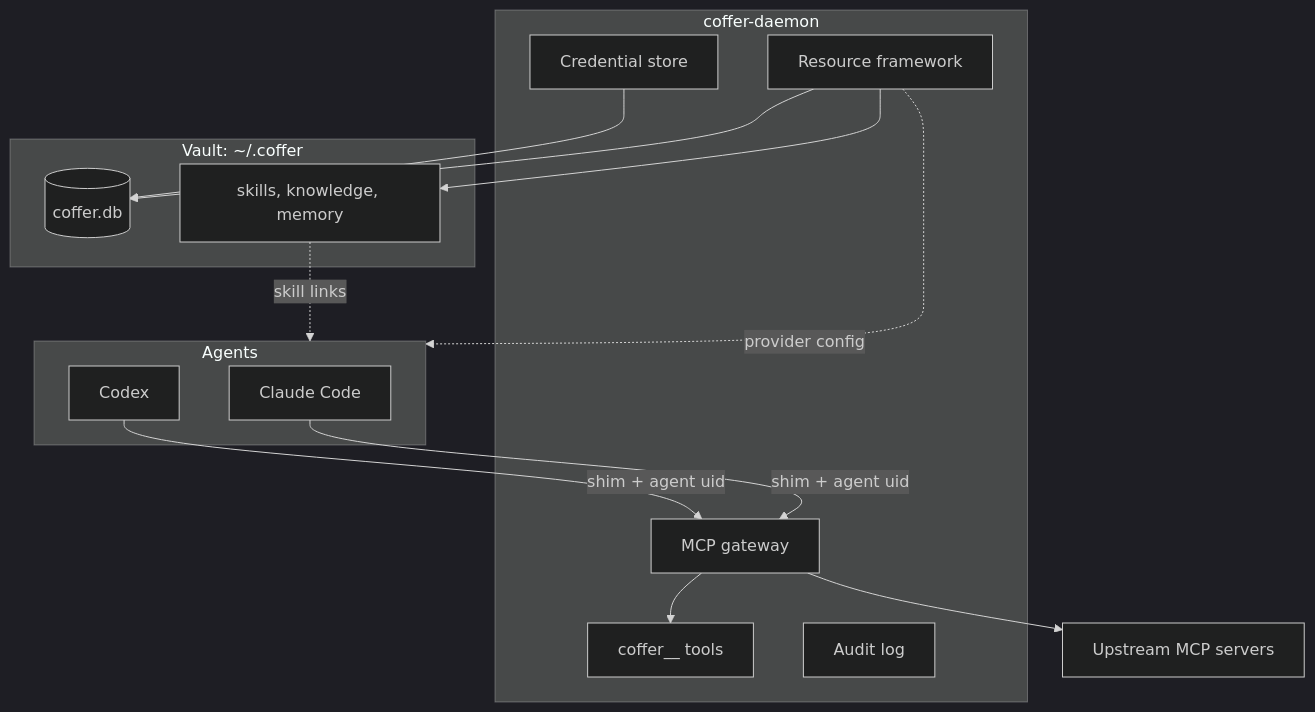
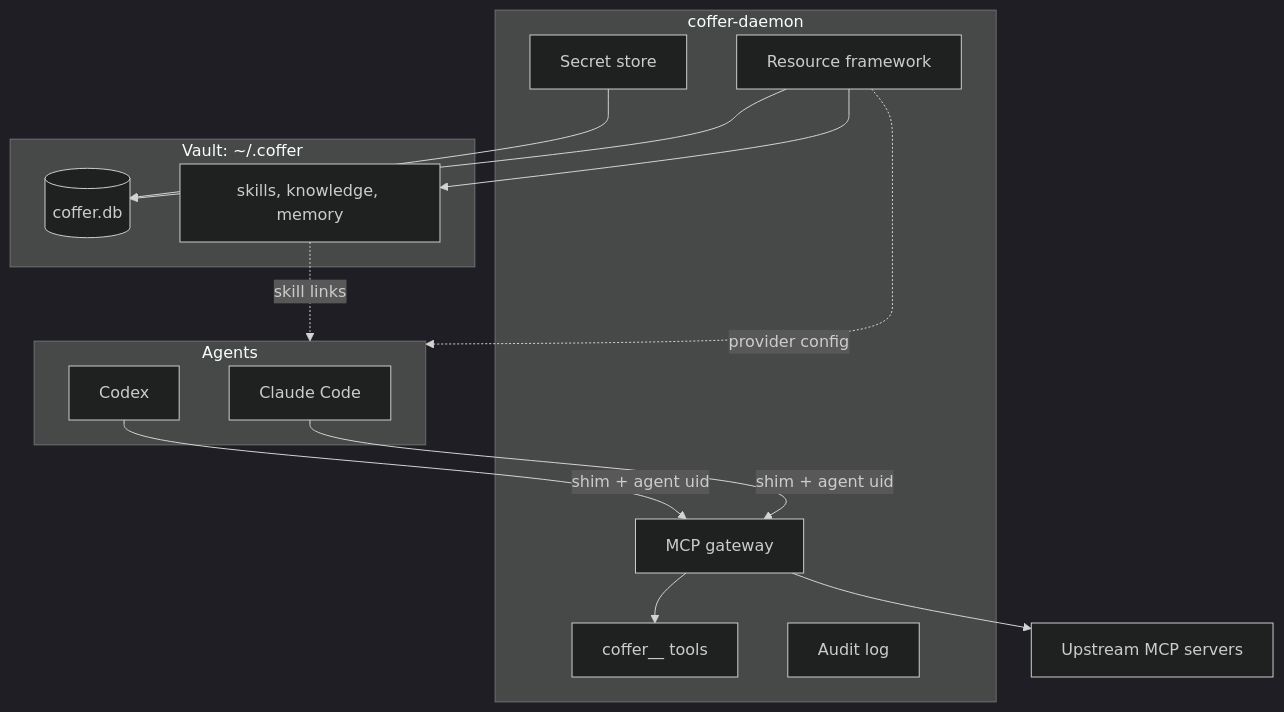
One commit to wyx-sg/Coffer changed the diagram in docs-site/start/concepts.md. Above: the diagram before and after it, drawn with Mermaid (dark theme). The commit also changed other lines of this file and 340 other files, not shown here.

````diff
--- a/docs-site/start/concepts.md
+++ b/docs-site/start/concepts.md
@@ -12,27 +12,27 @@
 ```mermaid
 flowchart TB
   subgraph agents["Agents"]
     CC["Claude Code"]
     CX["Codex"]
   end
   subgraph daemon["coffer-daemon"]
     GW["MCP gateway"]
     BT["coffer__ tools"]
     RF["Resource framework"]
-    CR["Credential store"]
+    CR["Secret store"]
     AU["Audit log"]
   end
   subgraph vault["Vault: ~/.coffer"]
     DB[("coffer.db")]
     FILES["skills, knowledge, memory"]
   end
   CC -->|"shim + agent uid"| GW
   CX -->|"shim + agent uid"| GW
   GW --> BT
   GW --> UP["Upstream MCP servers"]
   RF --> DB
   RF --> FILES
   CR --> DB
   FILES -.->|"skill links"| agents
   RF -.->|"provider config"| agents
 ```
````
